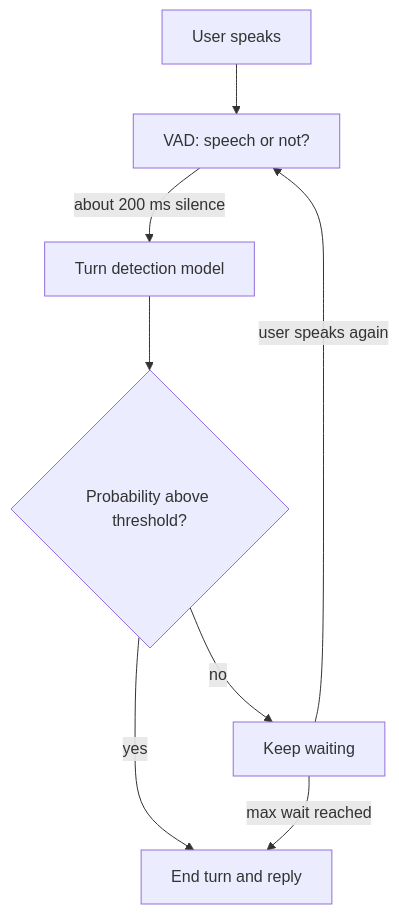
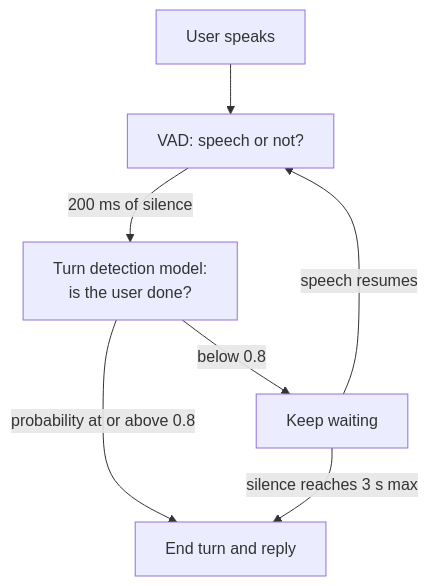
Before and after one commit to kaisarnajar/outcome-school-blogs: the diagram in notes/step-16-ai-infrastructure-deployment-and-system-design/192-silence-vs-model-based-turn-detection.md, drawn with Mermaid. The commit also changed other lines of this file and 233 other files, not shown here.

````diff
--- a/notes/step-16-ai-infrastructure-deployment-and-system-design/192-silence-vs-model-based-turn-detection.md
+++ b/notes/step-16-ai-infrastructure-deployment-and-system-design/192-silence-vs-model-based-turn-detection.md
@@ -45,10 +61,9 @@
 ```mermaid
 flowchart TD
-    A["User speaks"] --> B["VAD: speech or not?"]
-    B -->|"about 200 ms silence"| C["Turn detection model"]
-    C --> D{"Probability above threshold?"}
-    D -->|"yes"| E["End turn and reply"]
-    D -->|"no"| F["Keep waiting"]
-    F -->|"max wait reached"| E
-    F -->|"user speaks again"| B
+    U["User speaks"] --> V["VAD: speech or not?"]
+    V -->|"200 ms of silence"| M["Turn detection model:<br/>is the user done?"]
+    M -->|"probability at or above 0.8"| E["End turn and reply"]
+    M -->|"below 0.8"| W["Keep waiting"]
+    W -->|"silence reaches 3 s max"| E
+    W -->|"speech resumes"| V
 ```
````
